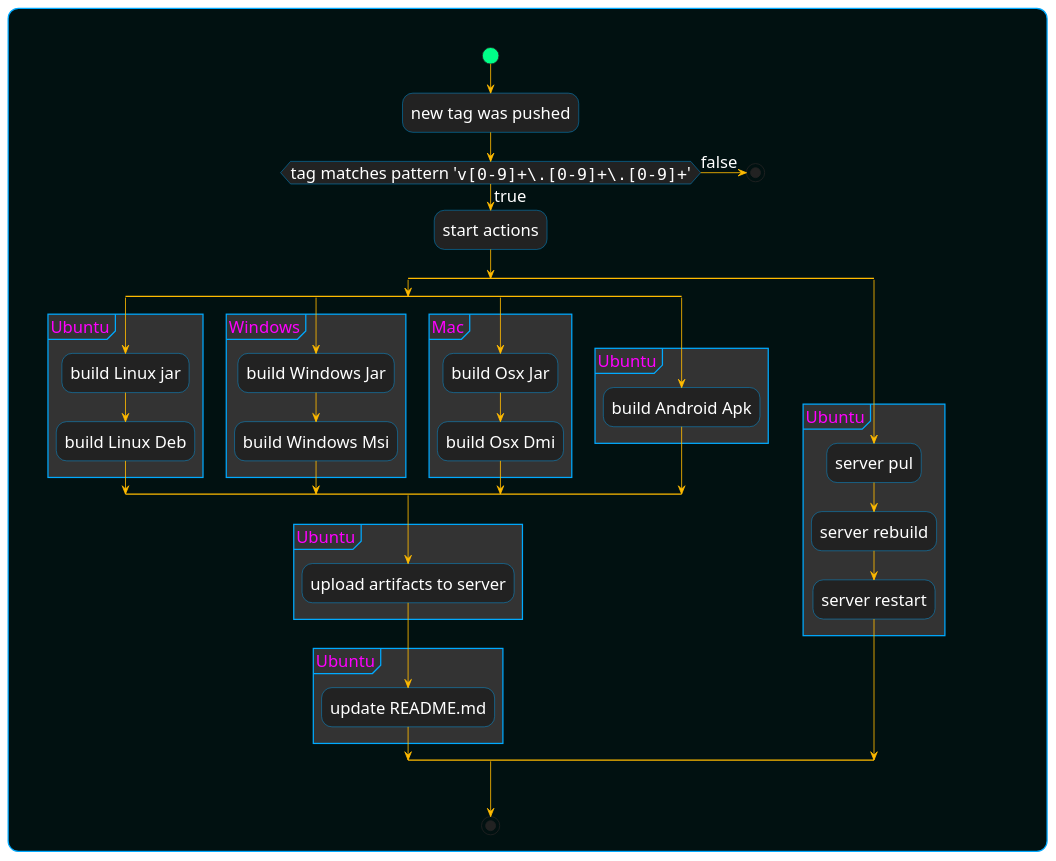
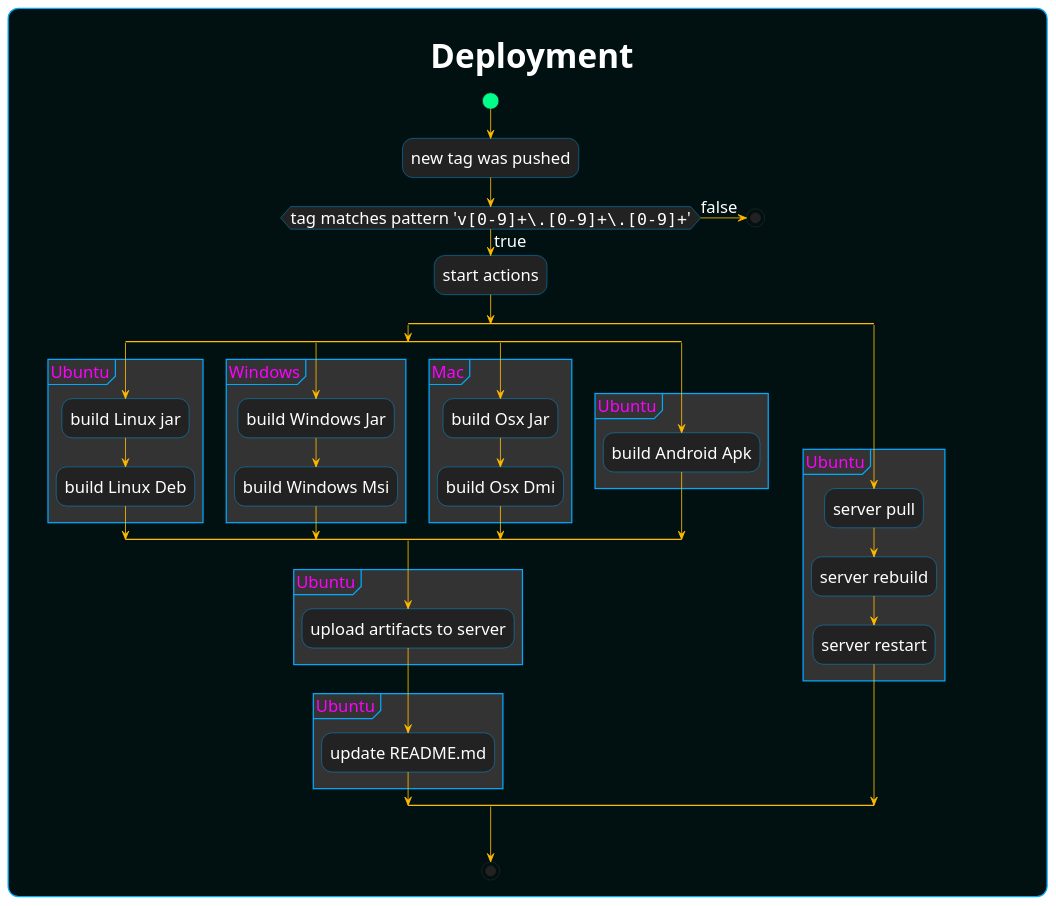
The diagram in doc/puml/Deployment.puml (SaschaZ/KotlinMpChatDemo), drawn with PlantUML before and after one commit. The commit also changed 13 other files, not shown here.

```diff
--- a/doc/puml/Deployment.puml
+++ b/doc/puml/Deployment.puml
@@ -1,70 +1,70 @@
 @startuml
 'https://plantuml.com/activity-diagram-beta
 
 skinparam arrowColor #FB0
 skinparam defaultFontColor #fff
 skinparam defaultFontSize 20
 skinparam defaultFontStyle bold
 skinparam activityBackgroundColor #222
 skinparam activityBorderColor #0af
 skinparam activityDiamondBackgroundColor #222
 skinparam activityStartColor #0f8
 skinparam activityDiamondBorderColor #0af
 skinparam activityEndColor #f00
 skinparam partitionBackgroundColor #333
 skinparam partitionBorderColor #0af
 skinparam partitionBorderThickness 0.5
 skinparam partitionFontColor #f0f
 skinparam roundCorner<<roundCorner>> 25
 skinparam rectangleBackgroundColor #011111
 skinparam rectangleBorderColor #0af
 
-rectangle "" <<roundCorner>> {
+rectangle "\n<size:40><color:white> **Deployment**" <<roundCorner>> {
     start
     :new tag was pushed;
     if (tag matches pattern '""v[0-9]+\.[0-9]+\.[0-9]+""') then (true)
         :start actions;
             split
                 split
                     partition Ubuntu {
                         :build Linux jar;
                         :build Linux Deb;
                     }
                 split again
                     partition Windows {
                         :build Windows Jar;
                         :build Windows Msi;
                     }
                 split again
                     partition Mac {
                         :build Osx Jar;
                         :build Osx Dmi;
                     }
                 split again
                     partition Ubuntu {
                         :build Android Apk;
                     }
             end split
 
             partition Ubuntu {
                 :upload artifacts to server;
             }
             partition Ubuntu {
                 :update README.md;
             }
 
             split again
                 partition Ubuntu {
-                    :server pul;
+                    :server pull;
                     :server rebuild;
                     :server restart;
                 }
         end split
     else (false)
         stop
     endif
 
 
     stop
 }
 @enduml
```
